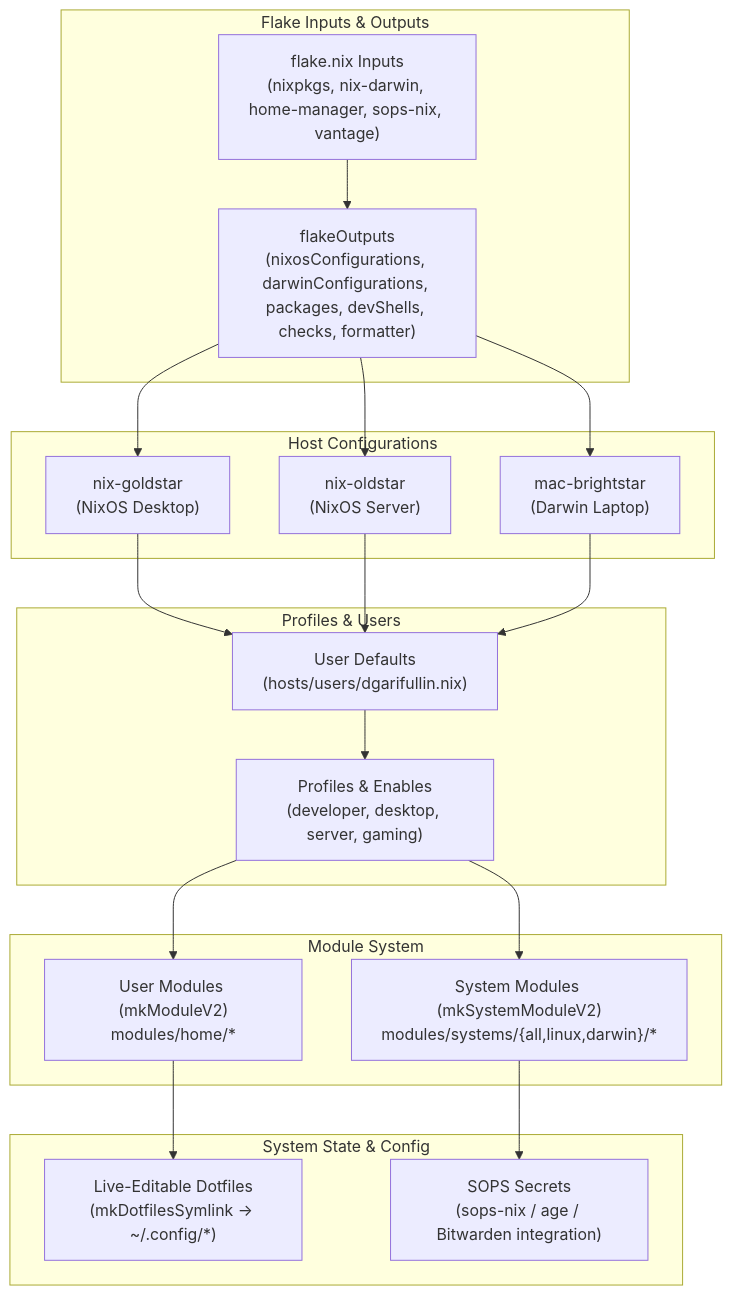
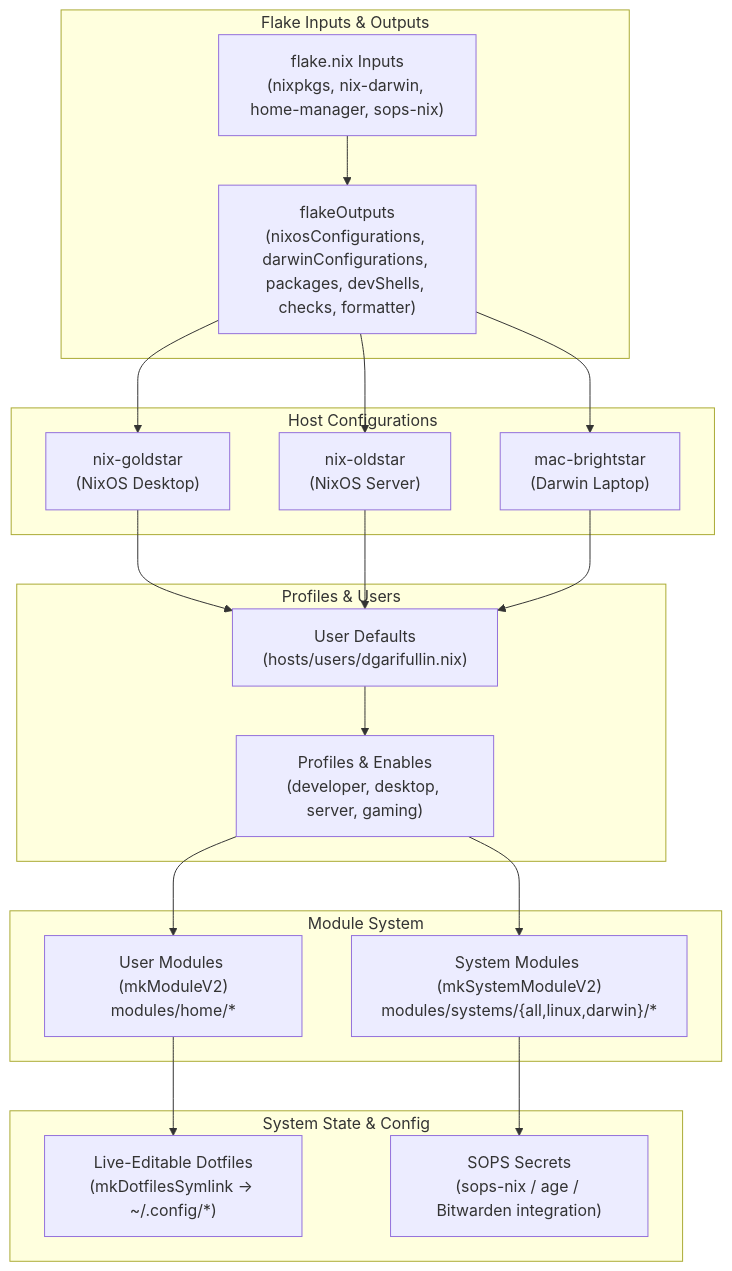
Before and after one commit to GDR/dot: the diagram in README.md, drawn with Mermaid. The commit also changed other lines of this file and 10 other files, not shown here.

````diff
--- a/README.md
+++ b/README.md
@@ -72,40 +71,40 @@
 ```mermaid
 graph TD
     subgraph Inputs["Flake Inputs & Outputs"]
-        FI["flake.nix Inputs<br/>(nixpkgs, nix-darwin, home-manager, sops-nix, vantage)"]
+        FI["flake.nix Inputs<br/>(nixpkgs, nix-darwin, home-manager, sops-nix)"]
         FO["flakeOutputs<br/>(nixosConfigurations, darwinConfigurations, packages, devShells, checks, formatter)"]
         FI --> FO
     end
 
     subgraph Hosts["Host Configurations"]
         NG["nix-goldstar<br/>(NixOS Desktop)"]
         NO["nix-oldstar<br/>(NixOS Server)"]
         MB["mac-brightstar<br/>(Darwin Laptop)"]
         FO --> NG
         FO --> NO
         FO --> MB
     end
 
     subgraph Profiles["Profiles & Users"]
         U["User Defaults<br/>(hosts/users/dgarifullin.nix)"]
         P["Profiles & Enables<br/>(developer, desktop, server, gaming)"]
         NG --> U
         NO --> U
         MB --> U
         U --> P
     end
 
     subgraph Modules["Module System"]
         HM["User Modules (mkModuleV2)<br/>modules/home/*"]
         SM["System Modules (mkSystemModuleV2)<br/>modules/systems/{all,linux,darwin}/*"]
         P --> HM
         P --> SM
     end
 
     subgraph Targets["System State & Config"]
         DOT["Live-Editable Dotfiles<br/>(mkDotfilesSymlink → ~/.config/*)"]
         SECR["SOPS Secrets<br/>(sops-nix / age / Bitwarden integration)"]
         HM --> DOT
         SM --> SECR
     end
 ```
````
